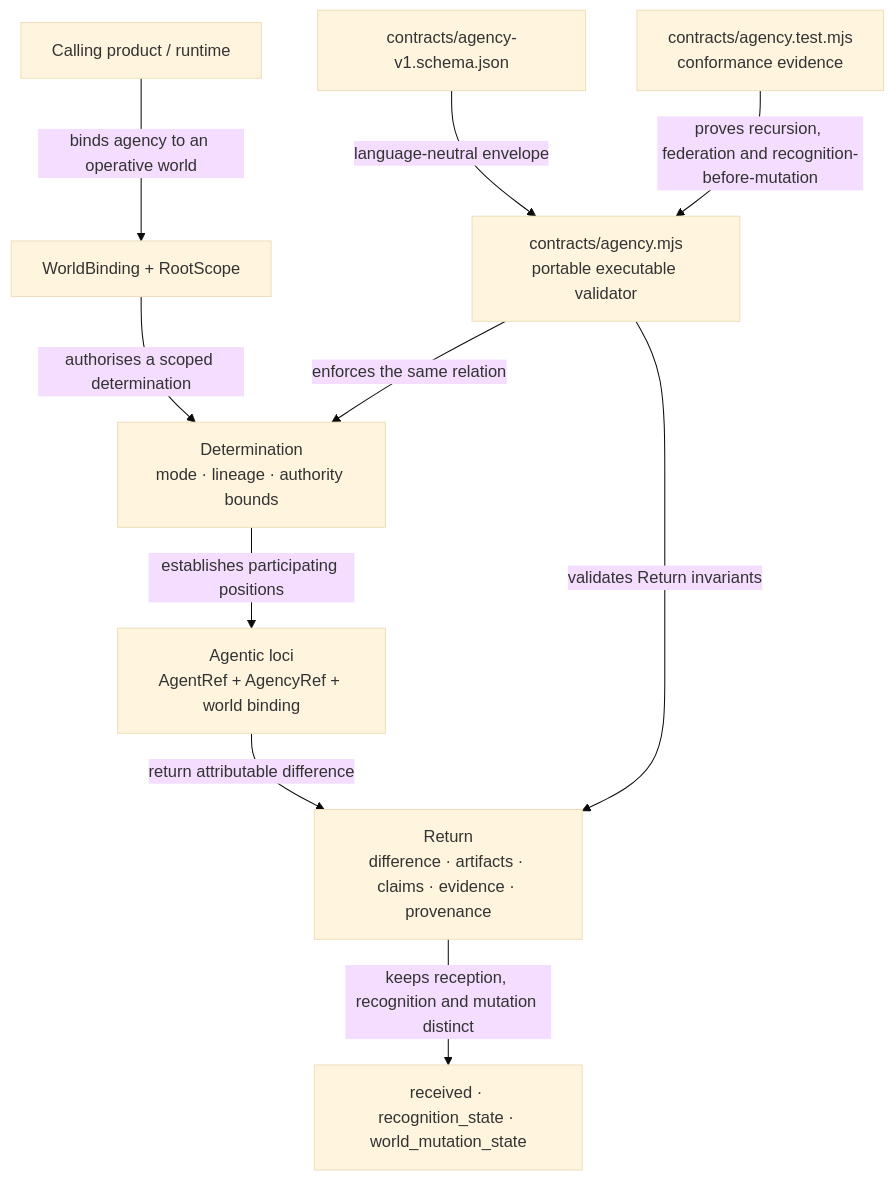
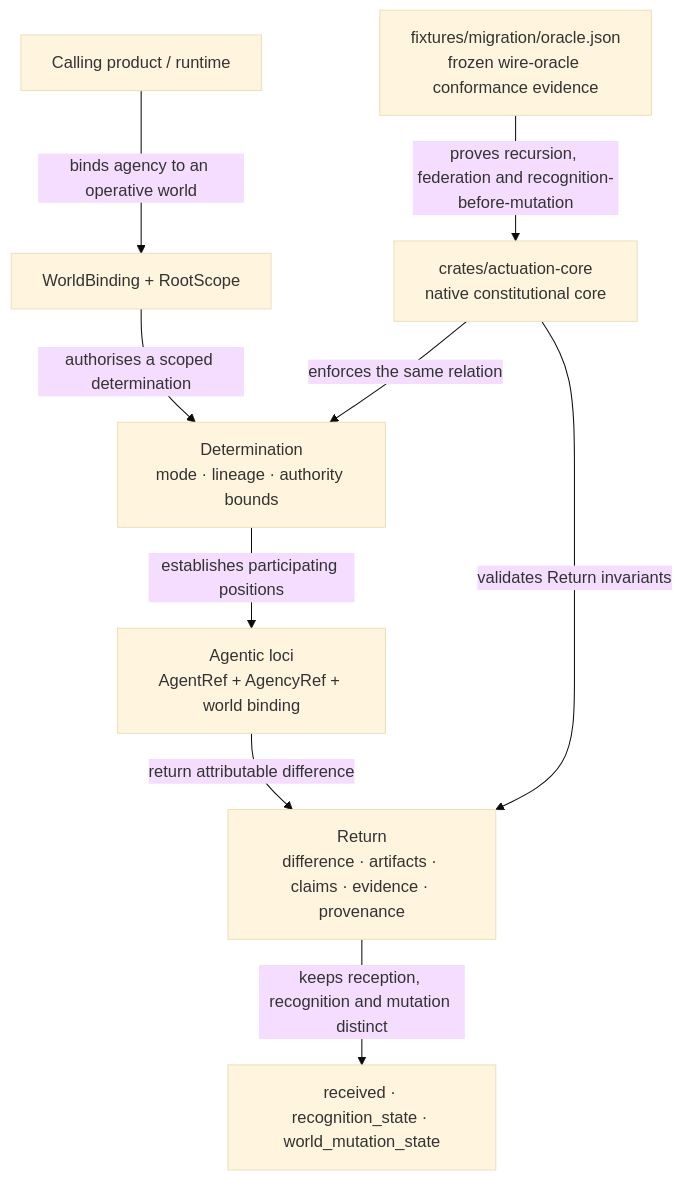
One commit to EpiLogos/Actuation changed the third of 3 diagrams in docs/VISUAL-PRODUCT-UNDERSTANDING.md. Above: the diagram before and after it, drawn with Mermaid (base theme). The commit also changed other lines of this file and 22 other files, not shown here.

````diff
--- a/docs/VISUAL-PRODUCT-UNDERSTANDING.md
+++ b/docs/VISUAL-PRODUCT-UNDERSTANDING.md
@@ -66,24 +66,22 @@
 ```mermaid
 flowchart TB
     CALL["Calling product / runtime"]
     WB["WorldBinding + RootScope"]
     DET["Determination<br/>mode · lineage · authority bounds"]
     LOC["Agentic loci<br/>AgentRef + AgencyRef + world binding"]
     RET["Return<br/>difference · artifacts · claims · evidence · provenance"]
     STATE["received · recognition_state · world_mutation_state"]
 
-    SCHEMA["contracts/agency-v1.schema.json"]
-    JS["contracts/agency.mjs<br/>portable executable validator"]
-    TEST["contracts/agency.test.mjs<br/>conformance evidence"]
+    CORE["crates/actuation-core<br/>native constitutional core"]
+    ORACLE["fixtures/migration/oracle.json<br/>frozen wire-oracle conformance evidence"]
 
     CALL -->|"binds agency to an operative world"| WB
     WB -->|"authorises a scoped determination"| DET
     DET -->|"establishes participating positions"| LOC
     LOC -->|"return attributable difference"| RET
     RET -->|"keeps reception, recognition and mutation distinct"| STATE
 
-    SCHEMA -->|"language-neutral envelope"| JS
-    JS -->|"enforces the same relation"| DET
-    JS -->|"validates Return invariants"| RET
-    TEST -->|"proves recursion, federation and recognition-before-mutation"| JS
+    CORE -->|"enforces the same relation"| DET
+    CORE -->|"validates Return invariants"| RET
+    ORACLE -->|"proves recursion, federation and recognition-before-mutation"| CORE
 ```
````
